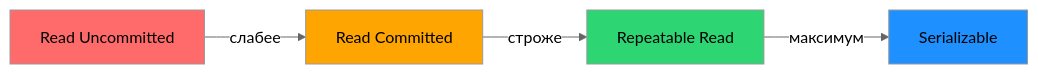
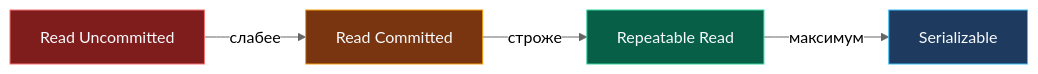
The second of 2 diagrams in sources/12. Базы данных/05. Транзакции и внутренности/2. Транзакции и уровни изоляции.md (UnrealTemplier/go-textbook), drawn with Mermaid (neutral theme) before and after one commit. The commit also changed 310 other files, not shown here.

First line of the commit message:
fix(mermaid): replace light fill colors with dark palette for readability on dark theme

````diff
--- a/sources/12. Базы данных/05. Транзакции и внутренности/2. Транзакции и уровни изоляции.md
+++ b/sources/12. Базы данных/05. Транзакции и внутренности/2. Транзакции и уровни изоляции.md
@@ -81,11 +81,11 @@
 ```mermaid
 flowchart LR
     A["Read Uncommitted"] -->|слабее| B["Read Committed"]
     B -->|строже| C["Repeatable Read"]
     C -->|максимум| D["Serializable"]
     
-    style A fill:#ff6b6b
-    style B fill:#ffa502
-    style C fill:#2ed573
-    style D fill:#1e90ff
+    style A fill:#7f1d1d,stroke:#f87171,color:#f8fafc
+    style B fill:#78350f,stroke:#f59e0b,color:#f8fafc
+    style C fill:#065f46,stroke:#34d399,color:#f8fafc
+    style D fill:#1e3a5f,stroke:#38bdf8,color:#f8fafc
 ```
````
